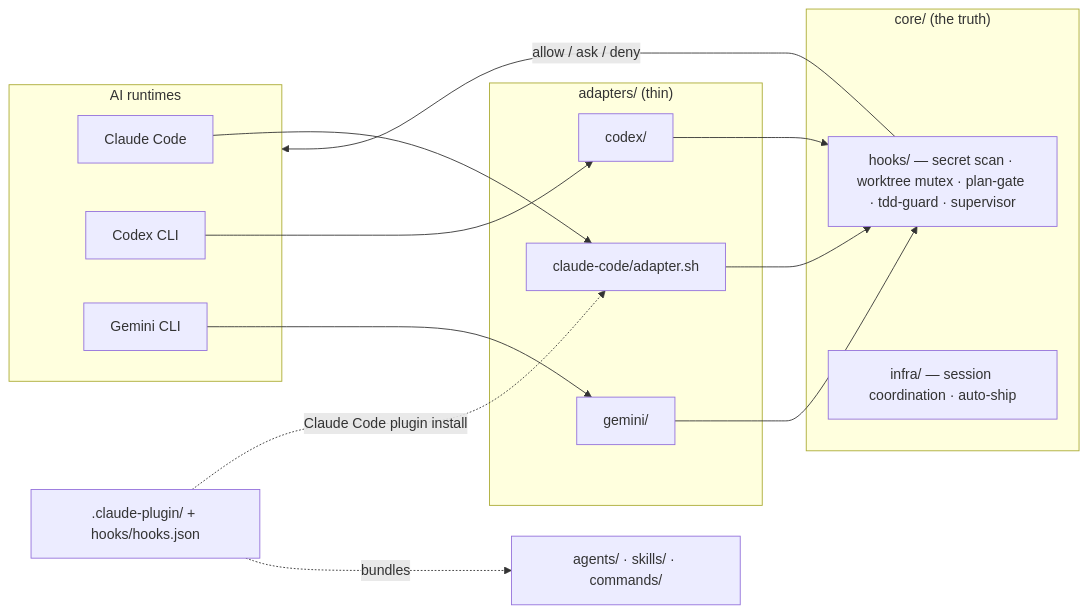
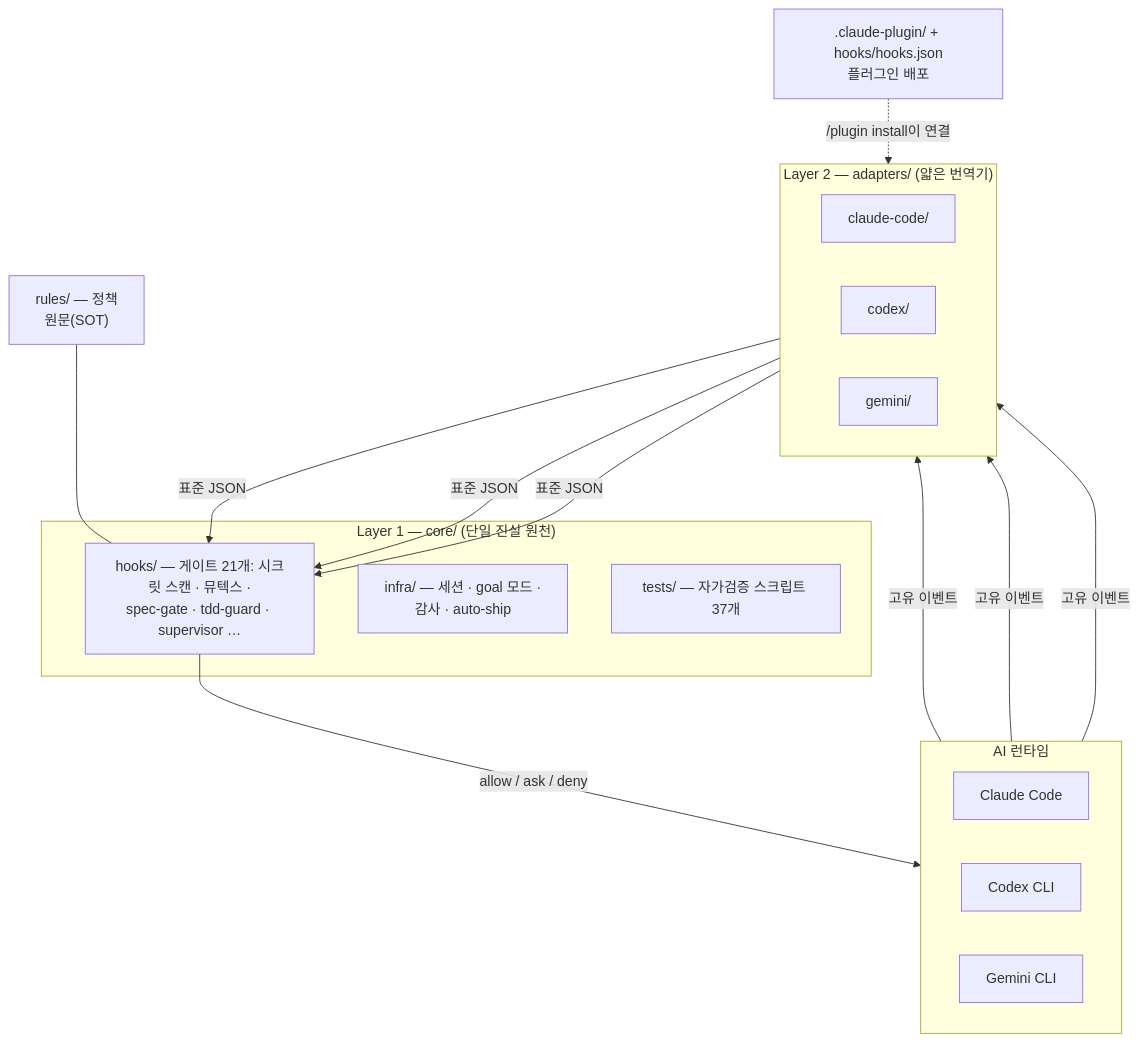
Before and after one commit to joymin5655/Agent: the second of 5 diagrams in README.ko.md, drawn with Mermaid. The commit also changed other lines of this file and 1 other file, not shown here.

First line of the commit message:
docs: redesign README (en+ko) — pipeline-first structure, 5 diagrams, 0.5.1 sync

````diff
--- a/README.ko.md
+++ b/README.ko.md
@@ -130,24 +184,32 @@
 ```mermaid
-flowchart LR
-    subgraph AIs["AI runtimes"]
+flowchart TB
+    subgraph RT["AI 런타임"]
+        direction LR
         CC["Claude Code"]
         CX["Codex CLI"]
         GM["Gemini CLI"]
     end
-    subgraph Adapters["adapters/ (thin)"]
-        A1["claude-code/adapter.sh"]
+    subgraph AD["Layer 2 — adapters/ (얇은 번역기)"]
+        direction LR
+        A1["claude-code/"]
         A2["codex/"]
         A3["gemini/"]
     end
-    subgraph Core["core/ (the truth)"]
-        H["hooks/ — secret scan · worktree mutex · plan-gate · tdd-guard · supervisor"]
-        I["infra/ — session coordination · auto-ship"]
+    subgraph CORE["Layer 1 — core/ (단일 진실 원천)"]
+        H["hooks/ — 게이트 21개: 시크릿 스캔 · 뮤텍스 ·<br/>spec-gate · tdd-guard · supervisor …"]
+        I["infra/ — 세션 · goal 모드 ·<br/>감사 · auto-ship"]
+        T["tests/ — 자가검증 스크립트 37개"]
     end
-    CC --> A1 --> H
-    CX --> A2 --> H
-    GM --> A3 --> H
-    H -->|allow / ask / deny| AIs
+    R["rules/ — 정책<br/>원문(SOT)"]
+    PLUG[".claude-plugin/ + hooks/hooks.json<br/>플러그인 배포"]
 
-    PLUG[".claude-plugin/ + hooks/hooks.json"] -. "Claude Code plugin install" .-> A1
-    PLUG -. "bundles" .-> AG["agents/ · skills/ · commands/"]
+    CC -->|고유 이벤트| A1
+    CX -->|고유 이벤트| A2
+    GM -->|고유 이벤트| A3
+    A1 -->|표준 JSON| H
+    A2 -->|표준 JSON| H
+    A3 -->|표준 JSON| H
+    H -->|"allow / ask / deny"| RT
+    R --- H
+    PLUG -. "/plugin install이 연결" .-> A1
 ```
````
